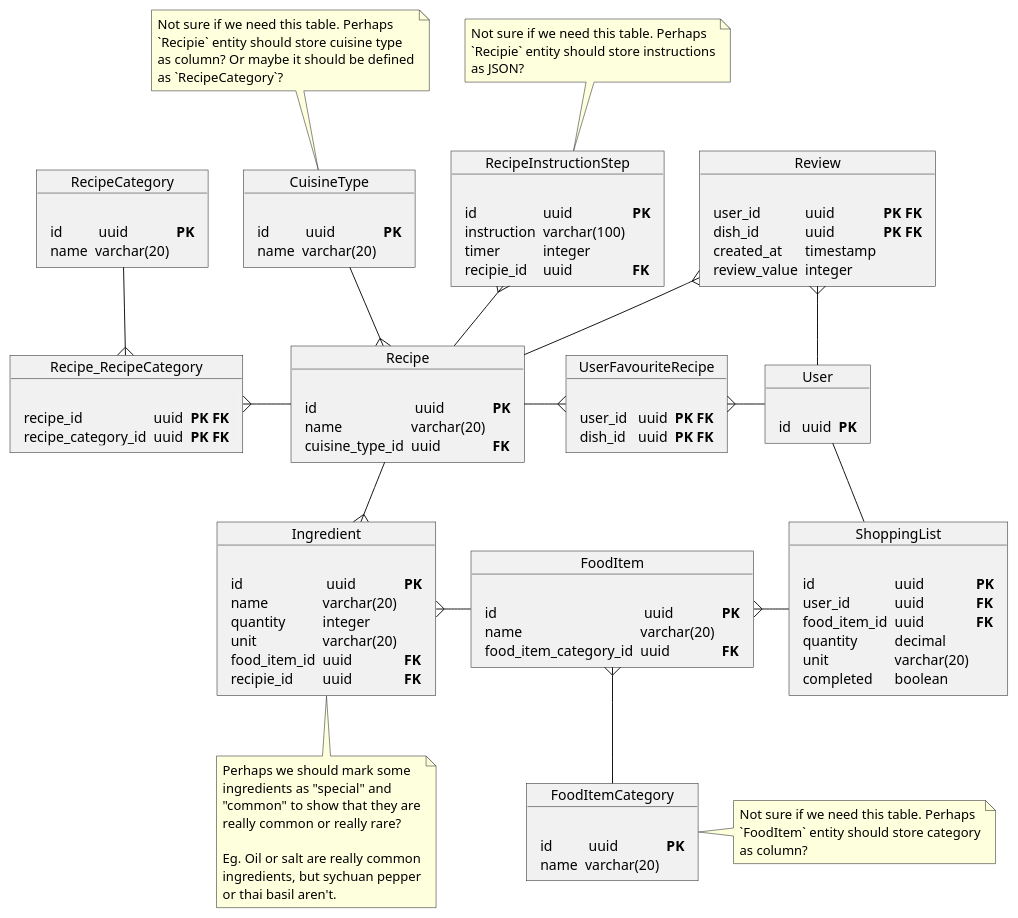
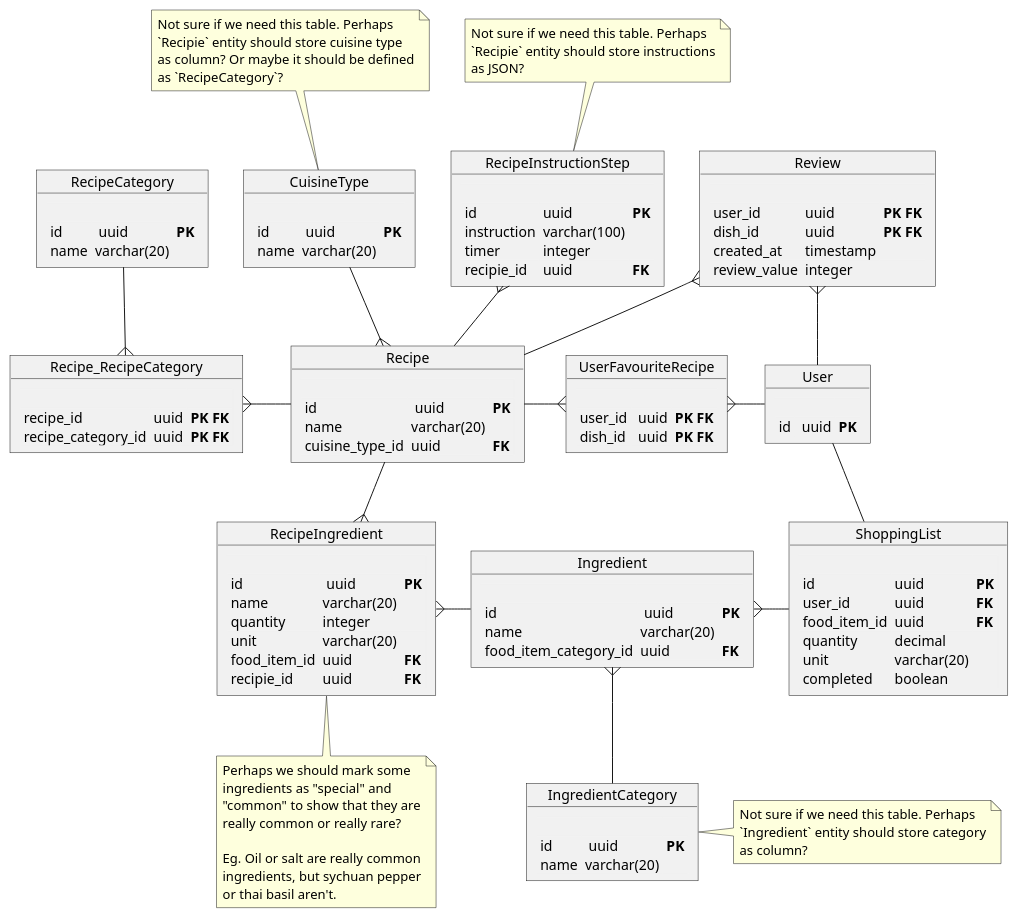
Before and after one commit to oskarski/inzynierka: the diagram in docs/db-schema.puml, drawn with PlantUML.

Commit message:
changed naming on db schema

```diff
--- a/docs/db-schema.puml
+++ b/docs/db-schema.puml
@@ -1,130 +1,130 @@
 @startuml
 object Recipe  {
     <#F1F1F1,#F1F1F1>|= |= |= |
     | id |  uuid | **PK** |
     | name | varchar(20) |
     | cuisine_type_id | uuid | **FK** |
 }
 
 object RecipeInstructionStep {
     <#F1F1F1,#F1F1F1>|= |= |= |
     | id | uuid | **PK** |
     | instruction | varchar(100) |
     | timer | integer |
     | recipie_id | uuid | **FK** |
 }
 
 note top of RecipeInstructionStep
     Not sure if we need this table. Perhaps
     `Recipie` entity should store instructions
     as JSON?
 end note
 
-object Ingredient {
+object RecipeIngredient {
   <#F1F1F1,#F1F1F1>|= |= |= |
     | id |  uuid | **PK** |
     | name | varchar(20) |
     | quantity | integer |
     | unit | varchar(20) |
     | food_item_id | uuid| **FK** |
     | recipie_id | uuid | **FK** |
 }
 
-note bottom of Ingredient
+note bottom of RecipeIngredient
     Perhaps we should mark some
     ingredients as "special" and
     "common" to show that they are
     really common or really rare?
 
     Eg. Oil or salt are really common
     ingredients, but sychuan pepper
     or thai basil aren't.
 end note
 
-object FoodItem {
+object Ingredient {
   <#F1F1F1,#F1F1F1>|= |= |= |
     | id |  uuid | **PK** |
     | name | varchar(20) |
     | food_item_category_id | uuid | **FK** |
 }
 
-object FoodItemCategory {
+object IngredientCategory {
   <#F1F1F1,#F1F1F1>|= |= |= |
     | id |  uuid | **PK** |
     | name | varchar(20) |
 }
 
-note right of FoodItemCategory
+note right of IngredientCategory
     Not sure if we need this table. Perhaps
-    `FoodItem` entity should store category
+    `Ingredient` entity should store category
     as column?
 end note
 
 object CuisineType {
     <#F1F1F1,#F1F1F1>|= |= |= |
     | id |  uuid | **PK** |
     | name | varchar(20) |
 }
 
 note top of CuisineType
     Not sure if we need this table. Perhaps
     `Recipie` entity should store cuisine type
     as column? Or maybe it should be defined
     as `RecipeCategory`?
 end note
 
 object RecipeCategory {
     <#F1F1F1,#F1F1F1>|= |= |= |
     | id |  uuid | **PK** |
     | name | varchar(20) |
 }
 
 object Recipe_RecipeCategory {
     <#F1F1F1,#F1F1F1>|= |= |= |
     | recipe_id | uuid | **PK FK** |
     | recipe_category_id | uuid | **PK FK** |
 }
 
 object User {
     <#F1F1F1,#F1F1F1>|= |= |= |
     | id |  uuid | **PK** |
 }
 
 object UserFavouriteRecipe {
     <#F1F1F1,#F1F1F1>|= |= |= |
     | user_id |  uuid | **PK FK** |
     | dish_id |  uuid | **PK FK** |
 }
 
 object Review {
     <#F1F1F1,#F1F1F1>|= |= |= |
     | user_id | uuid | **PK FK** |
     | dish_id | uuid | **PK FK** |
     | created_at | timestamp | |
     | review_value | integer | |
 }
 
 object ShoppingList {
     <#F1F1F1,#F1F1F1>|= |= |= |
     | id | uuid | **PK** |
     | user_id | uuid | **FK** |
     | food_item_id | uuid | **FK** |
     | quantity | decimal | |
     | unit | varchar(20) | |
     | completed | boolean | |
 }
 
-Recipe -down-{ Ingredient
+Recipe -down-{ RecipeIngredient
 RecipeInstructionStep }-- Recipe
-Ingredient }-right- FoodItem
-FoodItem }-- FoodItemCategory
+RecipeIngredient }-right- Ingredient
+Ingredient }-- IngredientCategory
 Recipe }-up- CuisineType
 Recipe -left-{ Recipe_RecipeCategory
 Recipe_RecipeCategory }-up- RecipeCategory
 Recipe -right-{ UserFavouriteRecipe
 UserFavouriteRecipe }-right- User
 Recipe -up-{ Review
 Review }-down- User
 User -- ShoppingList
-ShoppingList -left-{ FoodItem
+ShoppingList -left-{ Ingredient
 @enduml
```
